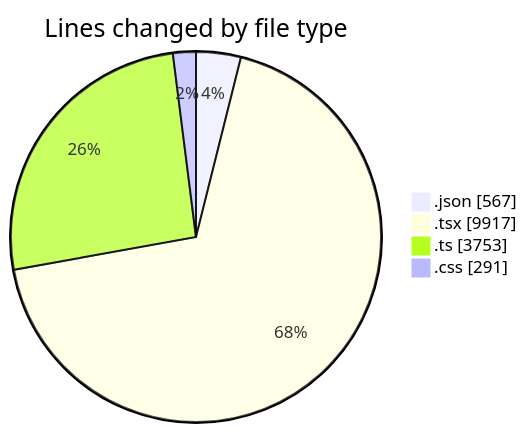
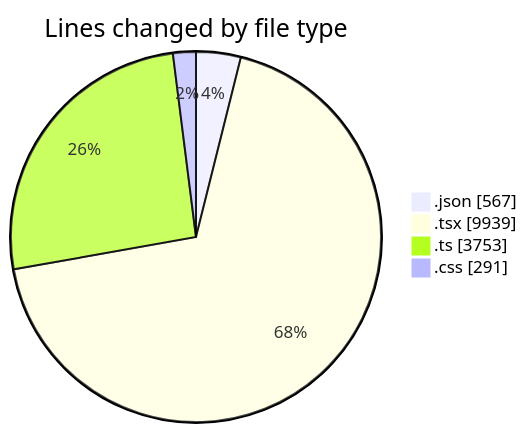
Before and after one commit to julien-gomy/code-tracking: the first of 2 diagrams in 2025-10-07/eventscop-frontend-guide__workspace_/README.md, drawn with Mermaid. The commit also changed other lines of this file and 1 other file, not shown here.

````diff
--- a/2025-10-07/eventscop-frontend-guide__workspace_/README.md
+++ b/2025-10-07/eventscop-frontend-guide__workspace_/README.md
@@ -91,8 +91,8 @@
 ```mermaid
 pie showData
 title Lines changed by file type
 ".json" : 567
-".tsx" : 9917
+".tsx" : 9939
 ".ts" : 3753
 ".css" : 291
 ```
````
